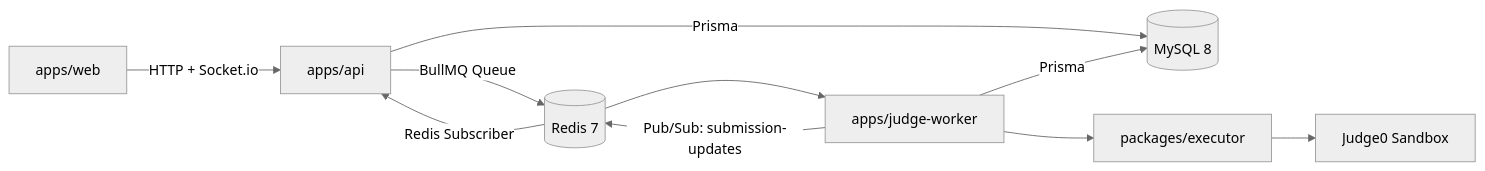
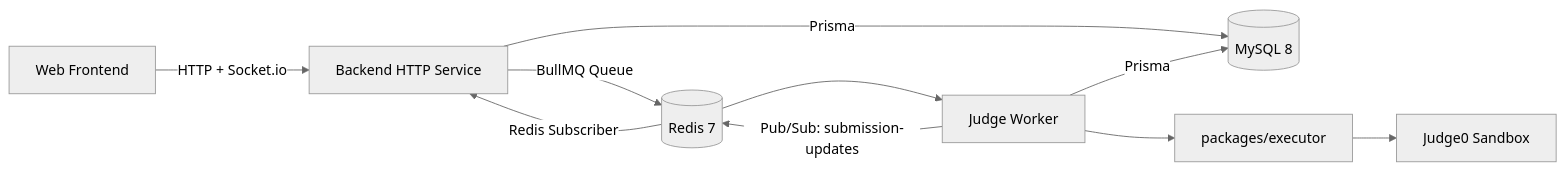
One commit to jack1e2401/fessior changed the diagram in docs/architecture.md. Above: the diagram before and after it, drawn with Mermaid (neutral theme). The commit also changed other lines of this file and 20 other files, not shown here.

````diff
--- a/docs/architecture.md
+++ b/docs/architecture.md
@@ -25,12 +25,12 @@
 ```mermaid
 flowchart LR
-  Web[apps/web] -->|HTTP + Socket.io| API[apps/api]
+  Web[Web Frontend] -->|HTTP + Socket.io| API[Backend HTTP Service]
   API -->|Prisma| MySQL[(MySQL 8)]
   API -->|BullMQ Queue| Redis[(Redis 7)]
-  Redis --> Worker[apps/judge-worker]
+  Redis --> Worker[Judge Worker]
   Worker -->|Prisma| MySQL
   Worker --> Executor[packages/executor]
   Executor --> Judge0[Judge0 Sandbox]
   Worker -->|Pub/Sub: submission-updates| Redis
   Redis -->|Redis Subscriber| API
 ```
````
